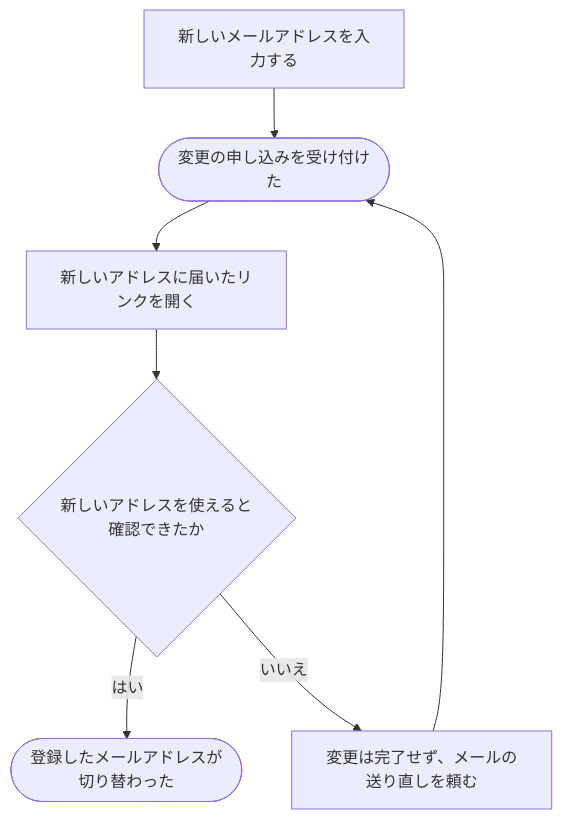
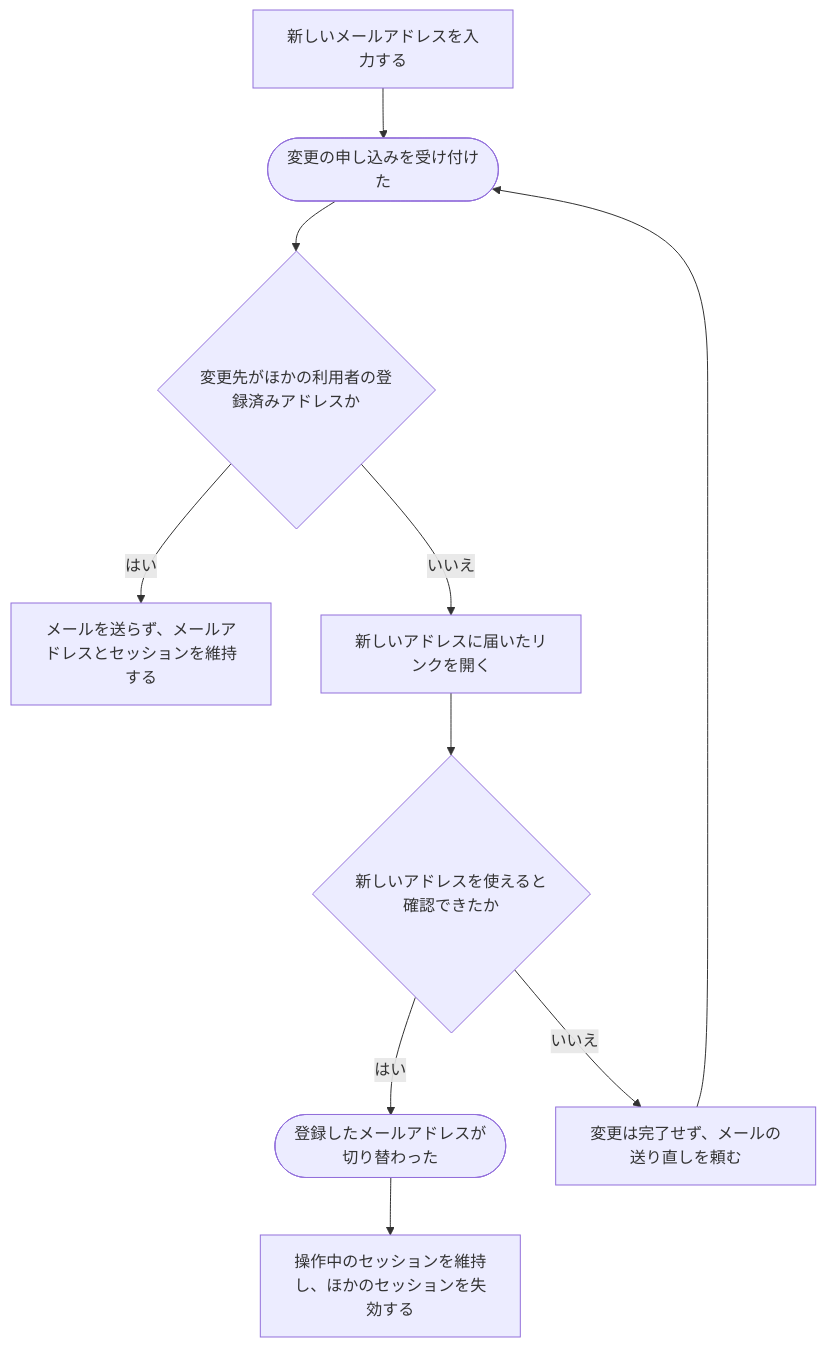
One commit to traP-jp/traOJudge changed the diagram in docs/requirements/scenarios/authentication/change-email.md. Above: the diagram before and after it, drawn with Mermaid. The commit also changed other lines of this file and 36 other files, not shown here.

First line of the commit message:
feat(authentication): Update email change and registration flows

````diff
--- a/docs/requirements/scenarios/authentication/change-email.md
+++ b/docs/requirements/scenarios/authentication/change-email.md
@@ -24,9 +24,12 @@
 ```mermaid
 flowchart TD
     A["新しいメールアドレスを入力する"] --> B(["変更の申し込みを受け付けた"])
-    B --> C["新しいアドレスに届いたリンクを開く"]
+    B --> H{"変更先がほかの利用者の登録済みアドレスか"}
+    H -->|はい| I["メールを送らず、メールアドレスとセッションを維持する"]
+    H -->|いいえ| C["新しいアドレスに届いたリンクを開く"]
     C --> D{"新しいアドレスを使えると確認できたか"}
     D -->|はい| E(["登録したメールアドレスが切り替わった"])
+    E --> G["操作中のセッションを維持し、ほかのセッションを失効する"]
     D -->|いいえ| F["変更は完了せず、メールの送り直しを頼む"]
     F --> B
 ```
````
